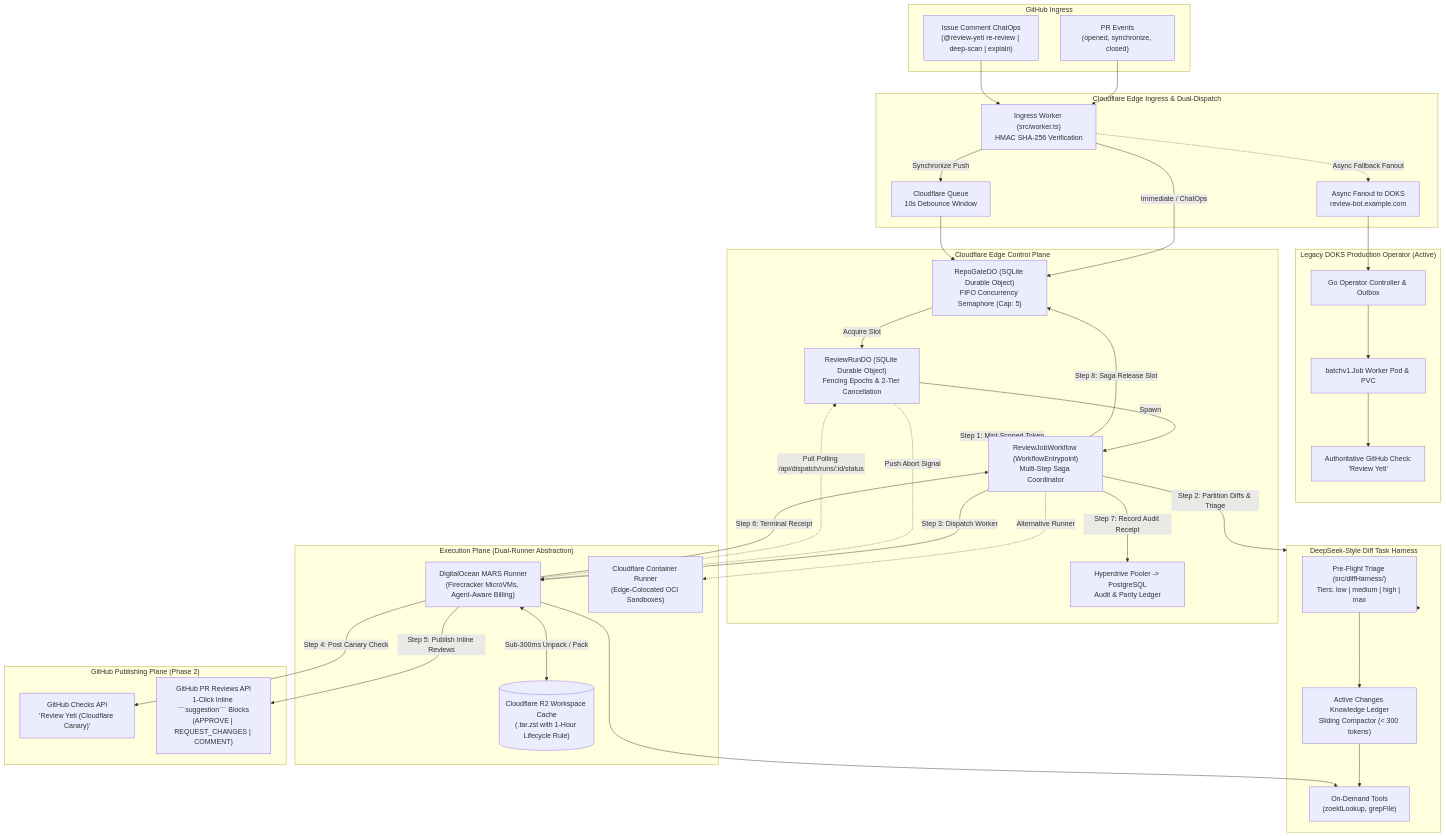
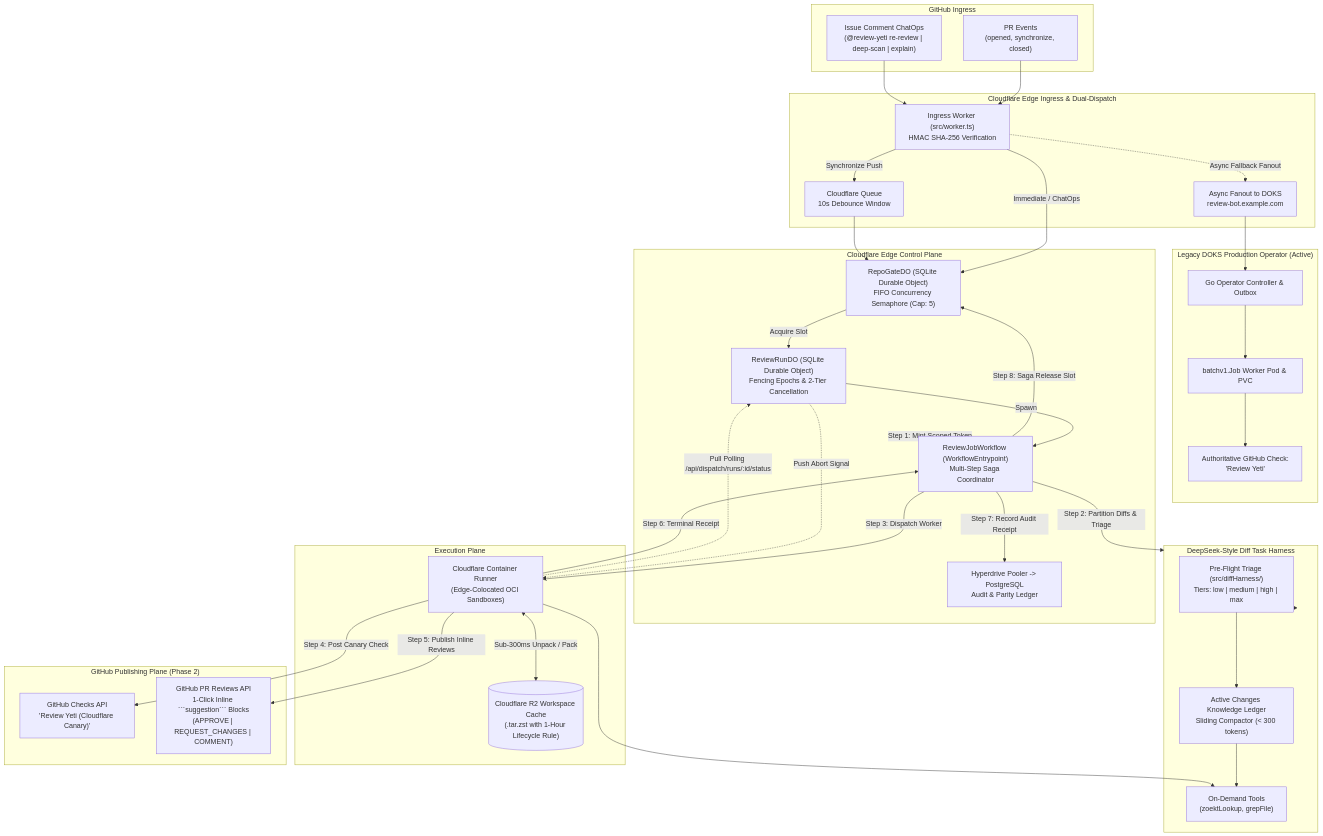
One commit to review-yeti-ai/review-yeti-bot changed the diagram in cf-orchestrator/README.md. Above: the diagram before and after it, drawn with Mermaid. The commit also changed other lines of this file and 24 other files, not shown here.

First line of the commit message:
refactor(cf-orchestrator): remove retired DigitalOcean runner path (#1502)

````diff
--- a/cf-orchestrator/README.md
+++ b/cf-orchestrator/README.md
@@ -35,78 +35,76 @@
 ```mermaid
 flowchart TD
     subgraph GH_IN["GitHub Ingress"]
         PR_EVENT["PR Events<br/>(opened, synchronize, closed)"]
         CHATOPS_EVENT["Issue Comment ChatOps<br/>(@review-yeti re-review | deep-scan | explain)"]
     end
 
     subgraph PROXY["Cloudflare Edge Ingress & Dual-Dispatch"]
         WORKER["Ingress Worker (src/worker.ts)<br/>HMAC SHA-256 Verification"]
         DOKS_DISPATCH["Async Fanout to DOKS<br/>review-bot.example.com"]
         DEBOUNCE_QUEUE["Cloudflare Queue<br/>10s Debounce Window"]
     end
 
     subgraph DOKS_PROD["Legacy DOKS Production Operator (Active)"]
         DOKS_CTRL["Go Operator Controller & Outbox"]
         DOKS_JOB["batchv1.Job Worker Pod & PVC"]
         DOKS_CHECK["Authoritative GitHub Check:<br/>'Review Yeti'"]
     end
 
     subgraph CF_CONTROL["Cloudflare Edge Control Plane"]
         REPO_GATE["RepoGateDO (SQLite Durable Object)<br/>FIFO Concurrency Semaphore (Cap: 5)"]
         REVIEW_RUN["ReviewRunDO (SQLite Durable Object)<br/>Fencing Epochs & 2-Tier Cancellation"]
         WORKFLOW["ReviewJobWorkflow (WorkflowEntrypoint)<br/>Multi-Step Saga Coordinator"]
         HYPERDRIVE["Hyperdrive Pooler -> PostgreSQL<br/>Audit & Parity Ledger"]
     end
 
     subgraph DIFF_HARNESS["DeepSeek-Style Diff Task Harness"]
         TRIAGE["Pre-Flight Triage (src/diffHarness/)<br/>Tiers: low | medium | high | max"]
         ACTIVE_LEDGER["Active Changes Knowledge Ledger<br/>Sliding Compactor (< 300 tokens)"]
         GROUNDING["On-Demand Tools<br/>(zoektLookup, grepFile)"]
     end
 
-    subgraph RUNNERS["Execution Plane (Dual-Runner Abstraction)"]
-        DO_RUNNER["DigitalOcean MARS Runner<br/>(Firecracker MicroVMs, Agent-Aware Billing)"]
+    subgraph RUNNERS["Execution Plane"]
         CF_RUNNER["Cloudflare Container Runner<br/>(Edge-Colocated OCI Sandboxes)"]
         R2_CACHE[("Cloudflare R2 Workspace Cache<br/>(.tar.zst with 1-Hour Lifecycle Rule)")]
     end
 
     subgraph PUBLISHING["GitHub Publishing Plane (Phase 2)"]
         CANARY_CHECK["GitHub Checks API<br/>'Review Yeti (Cloudflare Canary)'"]
         INLINE_REVIEWS["GitHub PR Reviews API<br/>1-Click Inline ```suggestion``` Blocks<br/>(APPROVE | REQUEST_CHANGES | COMMENT)"]
     end
 
     %% Ingress Flow
     PR_EVENT --> WORKER
     CHATOPS_EVENT --> WORKER
     WORKER -.->|Async Fallback Fanout| DOKS_DISPATCH
     DOKS_DISPATCH --> DOKS_CTRL --> DOKS_JOB --> DOKS_CHECK
 
     %% Cloudflare Pipeline Flow
     WORKER -->|Synchronize Push| DEBOUNCE_QUEUE
     WORKER -->|Immediate / ChatOps| REPO_GATE
     DEBOUNCE_QUEUE --> REPO_GATE
     REPO_GATE -->|Acquire Slot| REVIEW_RUN
     REVIEW_RUN -->|Spawn| WORKFLOW
 
     WORKFLOW -->|Step 1: Mint Scoped Token| CF_CONTROL
     WORKFLOW -->|Step 2: Partition Diffs & Triage| DIFF_HARNESS
     DIFF_HARNESS --> TRIAGE
     TRIAGE --> ACTIVE_LEDGER
     ACTIVE_LEDGER --> GROUNDING
 
-    WORKFLOW -->|Step 3: Dispatch Worker| DO_RUNNER
-    WORKFLOW -.->|Alternative Runner| CF_RUNNER
-    DO_RUNNER <-->|Sub-300ms Unpack / Pack| R2_CACHE
-    DO_RUNNER --> GROUNDING
+    WORKFLOW -->|Step 3: Dispatch Worker| CF_RUNNER
+    CF_RUNNER <-->|Sub-300ms Unpack / Pack| R2_CACHE
+    CF_RUNNER --> GROUNDING
 
     %% Two-Tier Cancellation Flow
-    REVIEW_RUN -.->|Push Abort Signal| DO_RUNNER
-    DO_RUNNER -.->|Pull Polling /api/dispatch/runs/:id/status| REVIEW_RUN
+    REVIEW_RUN -.->|Push Abort Signal| CF_RUNNER
+    CF_RUNNER -.->|Pull Polling /api/dispatch/runs/:id/status| REVIEW_RUN
 
     %% Output Flow
-    DO_RUNNER -->|Step 4: Post Canary Check| CANARY_CHECK
-    DO_RUNNER -->|Step 5: Publish Inline Reviews| INLINE_REVIEWS
-    DO_RUNNER -->|Step 6: Terminal Receipt| WORKFLOW
+    CF_RUNNER -->|Step 4: Post Canary Check| CANARY_CHECK
+    CF_RUNNER -->|Step 5: Publish Inline Reviews| INLINE_REVIEWS
+    CF_RUNNER -->|Step 6: Terminal Receipt| WORKFLOW
     WORKFLOW -->|Step 7: Record Audit Receipt| HYPERDRIVE
     WORKFLOW -->|Step 8: Saga Release Slot| REPO_GATE
 ```
````
